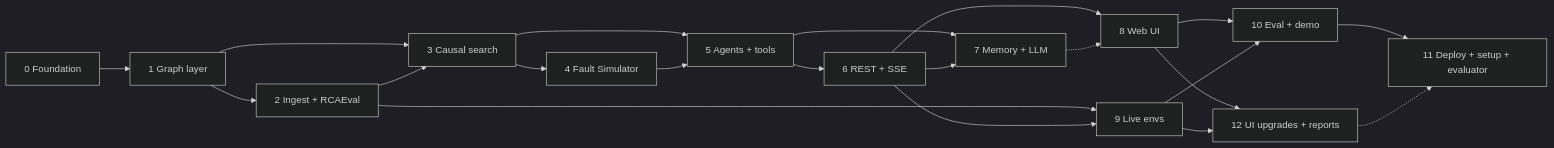
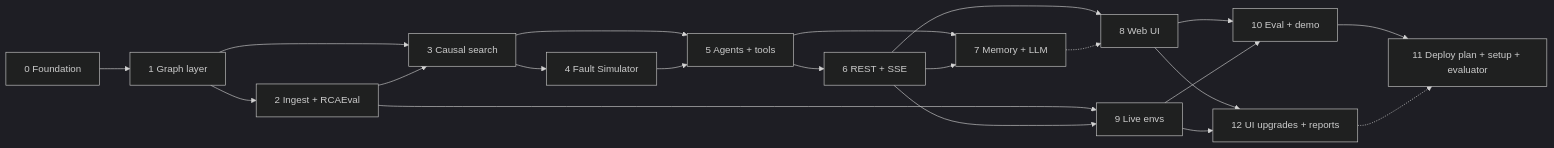
Before and after one commit to Prateek1771/epicenter: the diagram in docs/phases/README.md, drawn with Mermaid (dark theme). The commit also changed other lines of this file and 102 other files, not shown here.

````diff
--- a/docs/phases/README.md
+++ b/docs/phases/README.md
@@ -28,21 +28,21 @@
 ```mermaid
 flowchart LR
     P0[0 Foundation] --> P1[1 Graph layer]
     P1 --> P2[2 Ingest + RCAEval]
     P1 --> P3[3 Causal search]
     P2 --> P3
     P3 --> P4[4 Fault Simulator]
     P3 --> P5[5 Agents + tools]
     P4 --> P5
     P5 --> P6[6 REST + SSE]
     P5 --> P7[7 Memory + LLM]
     P6 --> P7
     P6 --> P8[8 Web UI]
     P7 -.-> P8
     P2 --> P9[9 Live envs]
     P6 --> P9
     P8 & P9 --> P10[10 Eval + demo]
-    P10 --> P11[11 Deploy + setup + evaluator]
+    P10 --> P11[11 Deploy plan + setup + evaluator]
     P8 & P9 --> P12[12 UI upgrades + reports]
     P12 -.-> P11
 ```
````
